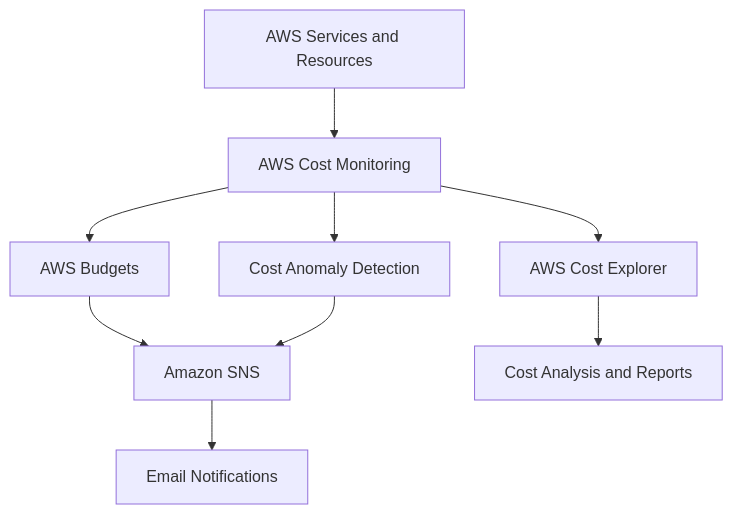
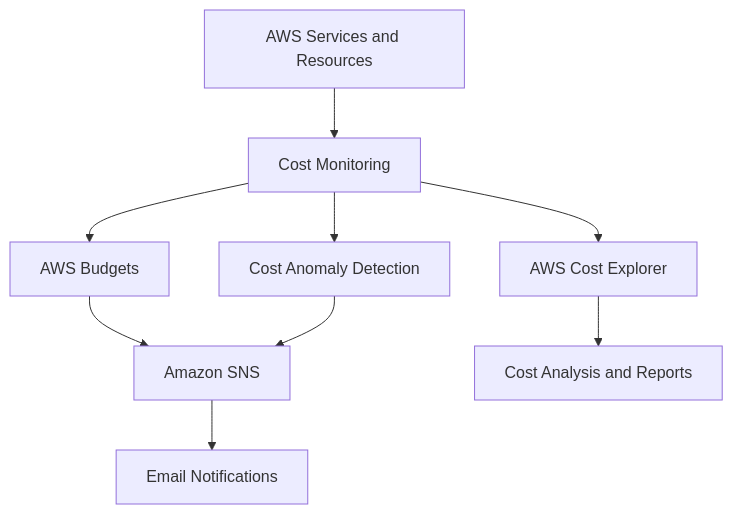
The diagram in README.md (ankurkhurpadi/AWS-Monthly-Cost-Budget-), drawn with Mermaid before and after one commit. The commit also changed other lines of this file, not shown here.

````diff
--- a/README.md
+++ b/README.md
@@ -23,11 +20,11 @@
 ```mermaid
 flowchart TD
-    A["AWS Services and Resources"] --> B["AWS Cost Monitoring"]
+    A["AWS Services and Resources"] --> B["Cost Monitoring"]
     B --> C["AWS Budgets"]
     B --> D["AWS Cost Explorer"]
     B --> E["Cost Anomaly Detection"]
     C --> F["Amazon SNS"]
     E --> F
     F --> G["Email Notifications"]
     D --> H["Cost Analysis and Reports"]
 ```
````
